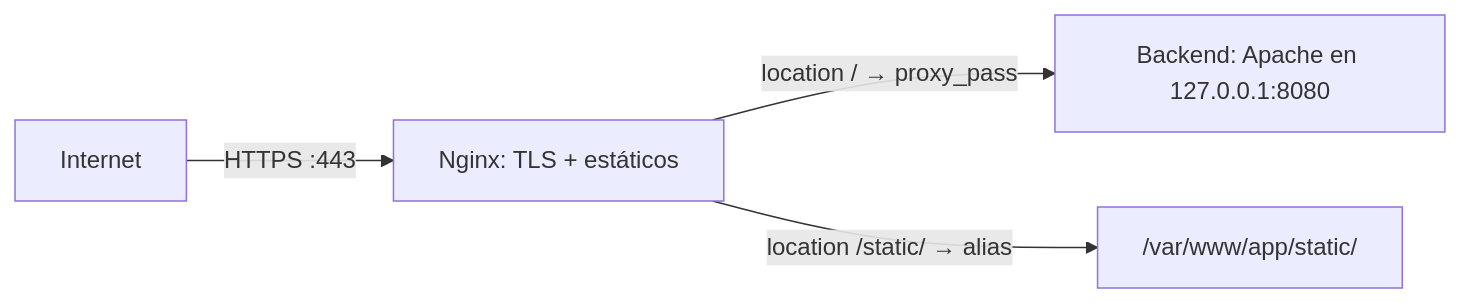
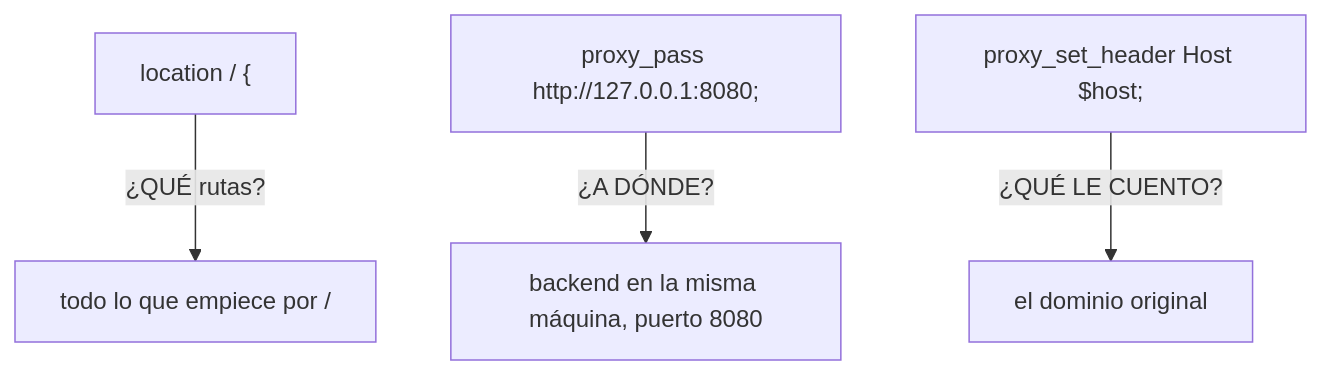
Before and after one commit to jmfiorisies/iaw: diagram 14 of 27 in docs/unidades/ud03.md, drawn with Mermaid. The commit also changed other lines of this file, not shown here.

````diff
--- a/docs/unidades/ud03.md
+++ b/docs/unidades/ud03.md
@@ -30,6 +466,6 @@
 ```mermaid
-graph LR
-    Internet -->|"HTTPS :443"| N["Nginx: TLS + estáticos"]
-    N -->|"location / → proxy_pass"| A["Backend: Apache en 127.0.0.1:8080"]
-    N -->|"location /static/ → alias"| S["/var/www/app/static/"]
+flowchart TB
+    L["location / {"] -->|"¿QUÉ rutas?"| L1["todo lo que empiece por /"]
+    P["proxy_pass http://127.0.0.1:8080;"] -->|"¿A DÓNDE?"| P1["backend en la misma máquina, puerto 8080"]
+    H1["proxy_set_header Host $host;"] -->|"¿QUÉ LE CUENTO?"| H2["el dominio original"]
 ```
````
